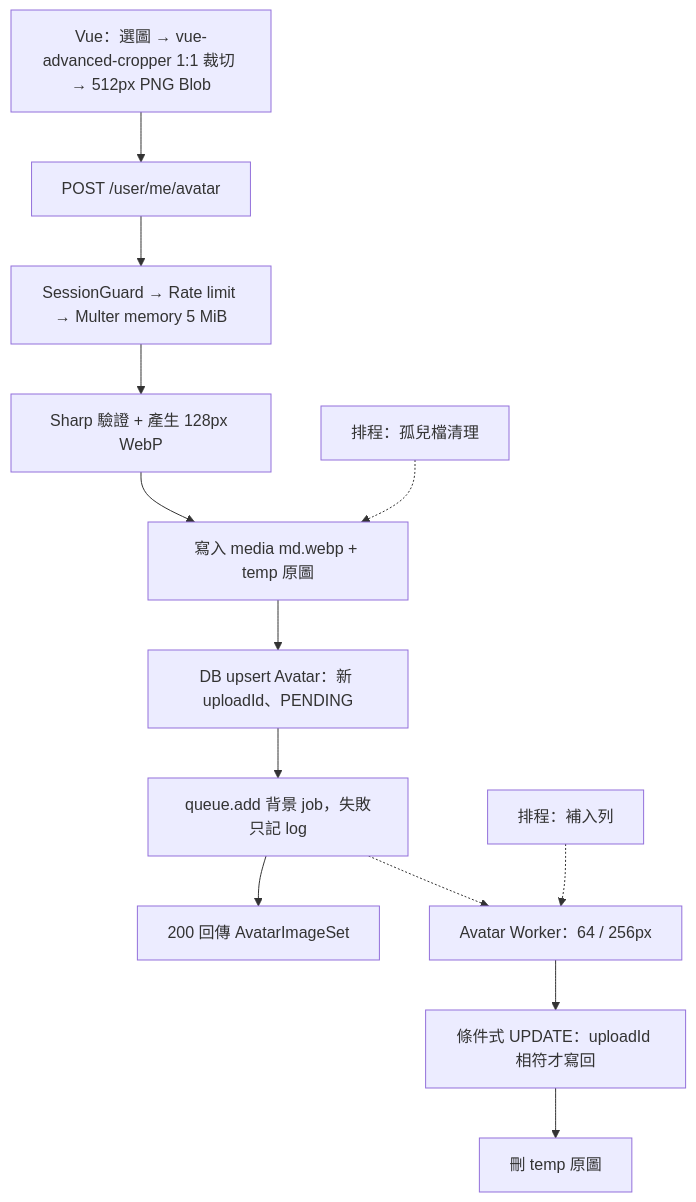
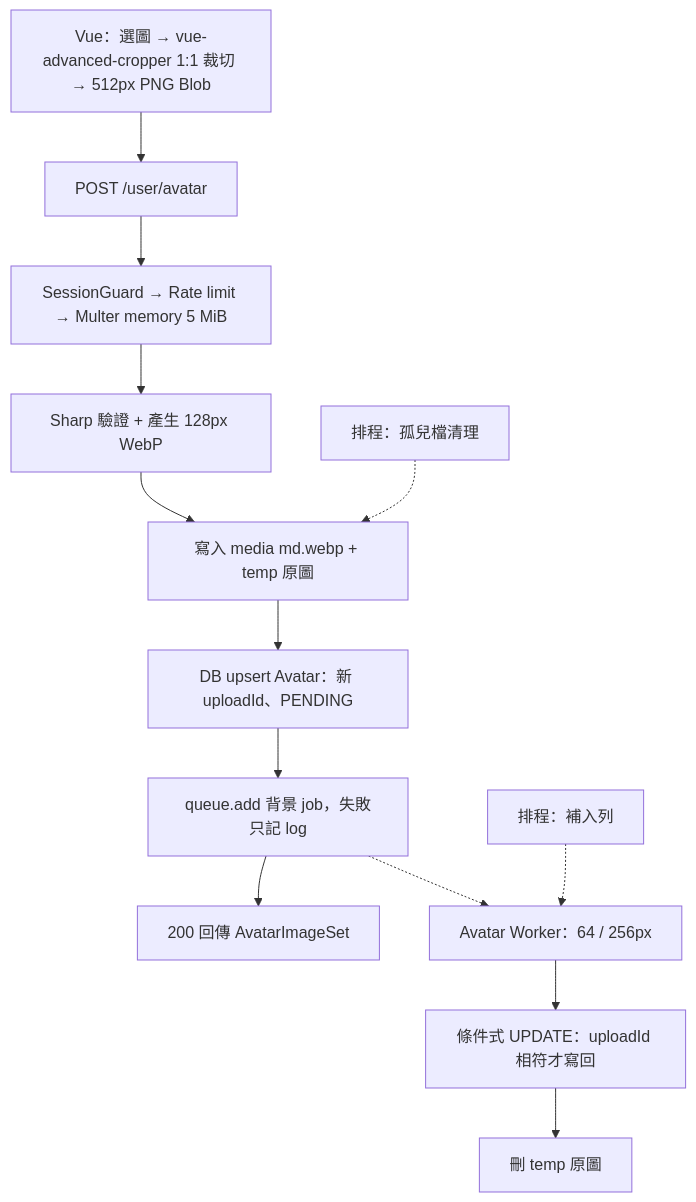
The diagram in docs/avatar-processing-spec.md (a41522001/kanban), drawn with Mermaid before and after one commit. The commit also changed other lines of this file and 38 other files, not shown here.

````diff
--- a/docs/avatar-processing-spec.md
+++ b/docs/avatar-processing-spec.md
@@ -44,15 +104,15 @@
 ```mermaid
 flowchart TD
-  A[Vue：選圖 → vue-advanced-cropper 1:1 裁切 → 512px PNG Blob] --> B[POST /user/me/avatar]
+  A[Vue：選圖 → vue-advanced-cropper 1:1 裁切 → 512px PNG Blob] --> B[POST /user/avatar]
   B --> C[SessionGuard → Rate limit → Multer memory 5 MiB]
   C --> D[Sharp 驗證 + 產生 128px WebP]
   D --> E[寫入 media md.webp + temp 原圖]
   E --> F[DB upsert Avatar：新 uploadId、PENDING]
   F --> G[queue.add 背景 job，失敗只記 log]
   G --> H[200 回傳 AvatarImageSet]
   G -.-> I[Avatar Worker：64 / 256px]
   I --> J[條件式 UPDATE：uploadId 相符才寫回]
   J --> K[刪 temp 原圖]
   L[排程：補入列] -.-> I
   M[排程：孤兒檔清理] -.-> E
 ```
````
